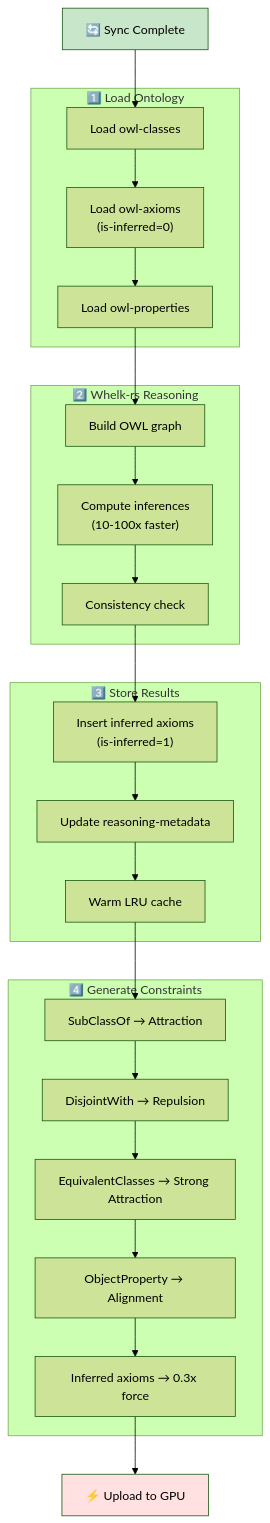
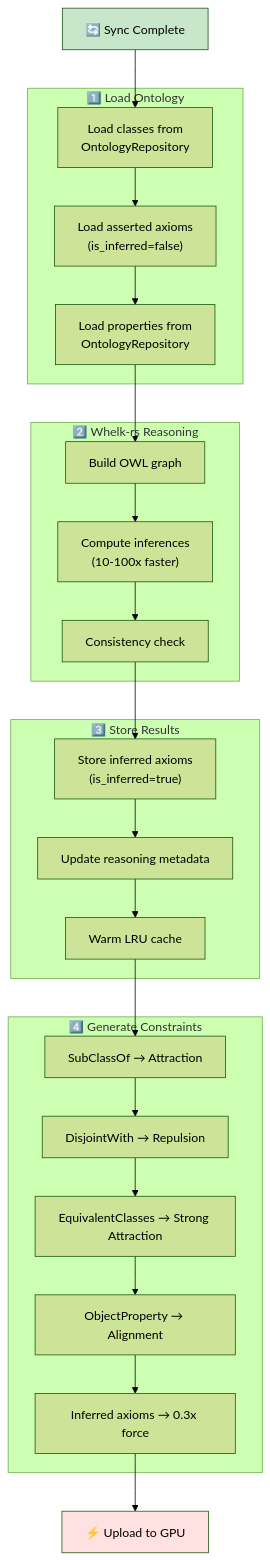
Before and after one commit to DreamLab-AI/VisionFlow: the third of 7 diagrams in docs/explanation/architecture/data-flow.md, drawn with Mermaid (forest theme). The commit also changed other lines of this file and 22 other files, not shown here.

````diff
--- a/docs/explanation/architecture/data-flow.md
+++ b/docs/explanation/architecture/data-flow.md
@@ -224,53 +237,53 @@
 ```mermaid
 graph TB
     START["🔄 Sync Complete"]
 
     subgraph Load["1️⃣ Load Ontology"]
-        LOAD-CLASSES["Load owl-classes"]
-        LOAD-AXIOMS["Load owl-axioms<br>(is-inferred=0)"]
-        LOAD-PROPS["Load owl-properties"]
+        LOAD-CLASSES["Load classes from<br>OntologyRepository"]
+        LOAD-AXIOMS["Load asserted axioms<br>(is_inferred=false)"]
+        LOAD-PROPS["Load properties from<br>OntologyRepository"]
     end
 
     subgraph Reason["2️⃣ Whelk-rs Reasoning"]
         BUILD["Build OWL graph"]
         COMPUTE["Compute inferences<br>(10-100x faster)"]
         CHECK["Consistency check"]
     end
 
     subgraph Store["3️⃣ Store Results"]
-        INFER-AX["Insert inferred axioms<br>(is-inferred=1)"]
-        UPDATE-META["Update reasoning-metadata"]
+        INFER-AX["Store inferred axioms<br>(is_inferred=true)"]
+        UPDATE-META["Update reasoning metadata"]
         CACHE-WARM["Warm LRU cache"]
     end
 
     subgraph Generate["4️⃣ Generate Constraints"]
         SUBCLASS["SubClassOf → Attraction"]
         DISJOINT["DisjointWith → Repulsion"]
         EQUIV["EquivalentClasses → Strong Attraction"]
         PROP["ObjectProperty → Alignment"]
         WEAKEN["Inferred axioms → 0.3x force"]
     end
 
     START --> LOAD-CLASSES
     LOAD-CLASSES --> LOAD-AXIOMS
     LOAD-AXIOMS --> LOAD-PROPS
 
     LOAD-PROPS --> BUILD
     BUILD --> COMPUTE
     COMPUTE --> CHECK
 
     CHECK --> INFER-AX
     INFER-AX --> UPDATE-META
     UPDATE-META --> CACHE-WARM
 
     CACHE-WARM --> SUBCLASS
     SUBCLASS --> DISJOINT
     DISJOINT --> EQUIV
     EQUIV --> PROP
     PROP --> WEAKEN
 
     WEAKEN --> GPU["⚡ Upload to GPU"]
 
     style START fill:#c8e6c9
     style GPU fill:#ffe1e1
 ```
````
